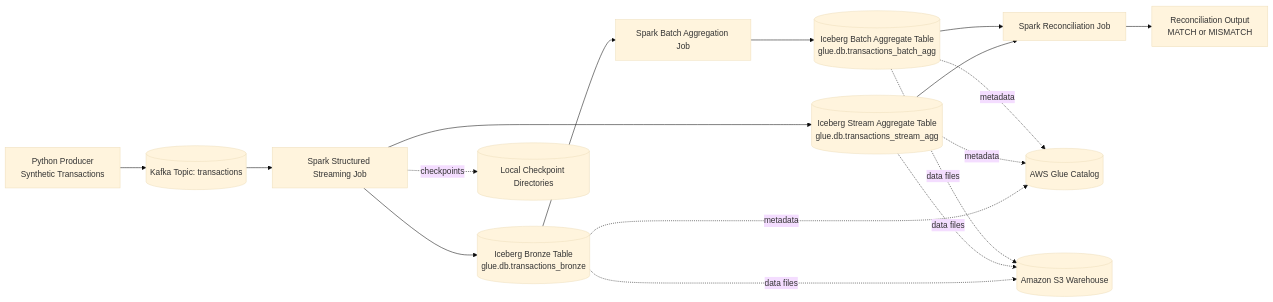
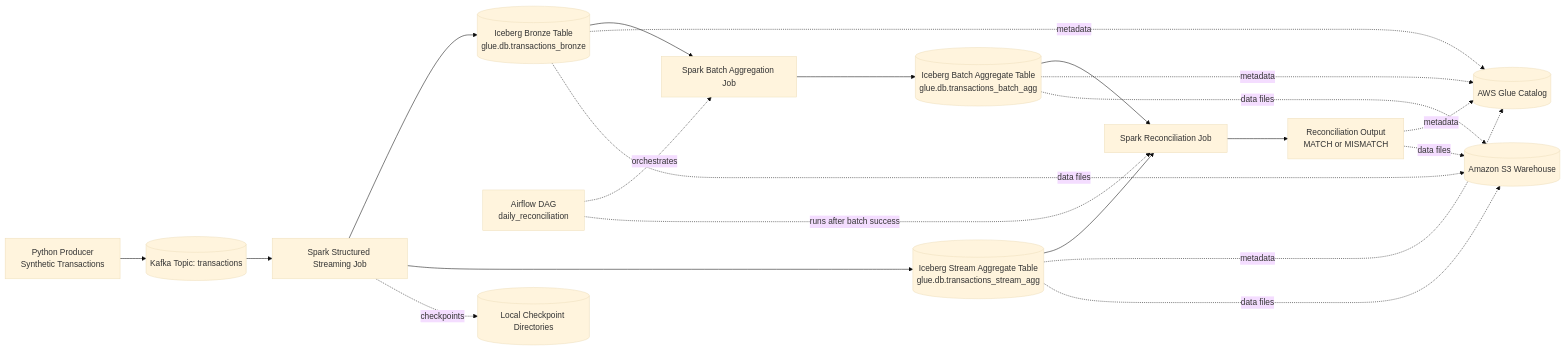
The diagram in README.md (barvaliyavishal/realtime-transaction-reconciliation), drawn with Mermaid (base theme) before and after one commit.

````diff
--- a/README.md
+++ b/README.md
@@ -29,20 +29,24 @@
 ```mermaid
 flowchart LR
     A[Python Producer<br/>Synthetic Transactions] --> B[(Kafka Topic: transactions)]
     B --> C[Spark Structured Streaming Job]
     C --> D[(Iceberg Bronze Table<br/>glue.db.transactions_bronze)]
     C --> E[(Iceberg Stream Aggregate Table<br/>glue.db.transactions_stream_agg)]
     D --> F[Spark Batch Aggregation Job]
     F --> G[(Iceberg Batch Aggregate Table<br/>glue.db.transactions_batch_agg)]
     E --> H[Spark Reconciliation Job]
     G --> H
     H --> I[Reconciliation Output<br/>MATCH or MISMATCH]
+   M[Airflow DAG<br/>daily_reconciliation] -. orchestrates .-> F
+   M -. runs after batch success .-> H
 
     C -. checkpoints .-> J[(Local Checkpoint Directories)]
     D -. metadata .-> K[(AWS Glue Catalog)]
     E -. metadata .-> K
     G -. metadata .-> K
+   I -. metadata .-> K
     D -. data files .-> L[(Amazon S3 Warehouse)]
     E -. data files .-> L
     G -. data files .-> L
+   I -. data files .-> L
 ```
````
